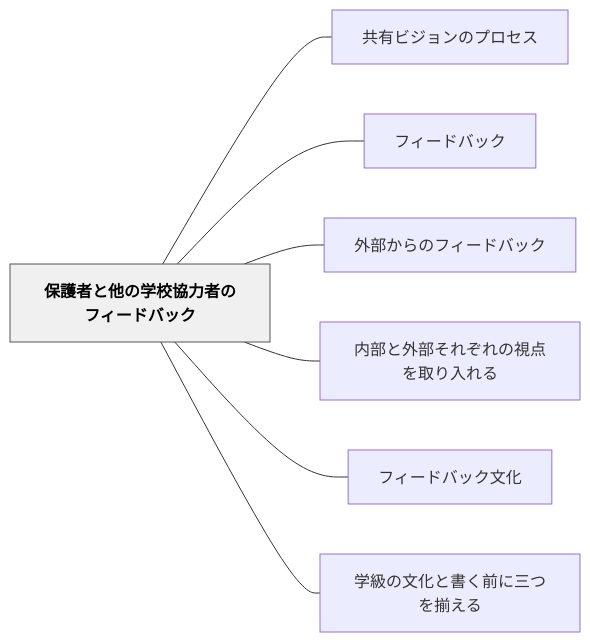
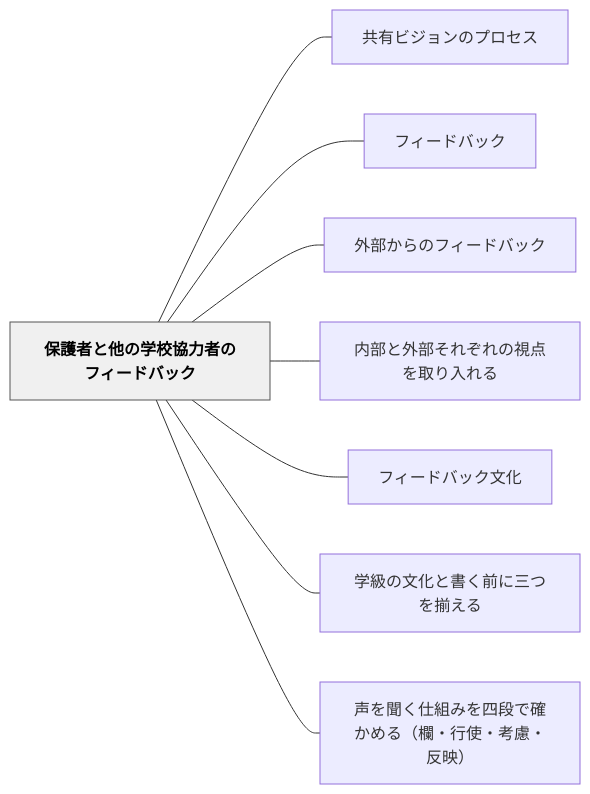
Before and after one commit to unknownthings-ed-patterns/unknownthings-ed-patterns: the diagram in content/パタン/保護者と他の学校協力者のフィードバック.md, drawn with Mermaid. The commit also changed other lines of this file and 10 other files, not shown here.

````diff
--- a/content/パタン/保護者と他の学校協力者のフィードバック.md
+++ b/content/パタン/保護者と他の学校協力者のフィードバック.md
@@ -54,20 +55,22 @@
 ```mermaid
 flowchart LR
     ne4bf9de8adb7e88085e381a8e4bb96e381aee5ada6e6a0a1e58d94e58a9be88085e381aee38395e382a3e383bce38389e38390e38383e382af["保護者と他の学校協力者のフィードバック"]
     ne585b1e69c89e38393e382b8e383a7e383b3e381aee38397e383ade382bbe382b9["共有ビジョンのプロセス"]
     ne38395e382a3e383bce38389e38390e38383e382af["フィードバック"]
     ne5a496e983a8e3818be38289e381aee38395e382a3e383bce38389e38390e38383e382af["外部からのフィードバック"]
     ne58685e983a8e381a8e5a496e983a8e3819de3828ce3819ee3828ce381aee8a696e782b9e38292e58f96e3828ae585a5e3828ce3828b["内部と外部それぞれの視点を取り入れる"]
     ne38395e382a3e383bce38389e38390e38383e382afe69687e58c96["フィードバック文化"]
     ne5ada6e7b49ae381aee69687e58c96e381a8e69bb8e3818fe5898de381abe4b889e381a4e38292e68f83e38188e3828b["学級の文化と書く前に三つを揃える"]
+    ne5a3b0e38292e8819ee3818fe4bb95e7b584e381bfe38292e59b9be6aeb5e381a7e7a2bae3818be38281e3828befbc88e6ac84e383bbe8a18ce4bdbfe383bbe88083e685aee383bbe58f8de698a0efbc89["声を聞く仕組みを四段で確かめる（欄・行使・考慮・反映）"]
 
     ne4bf9de8adb7e88085e381a8e4bb96e381aee5ada6e6a0a1e58d94e58a9be88085e381aee38395e382a3e383bce38389e38390e38383e382af --- ne585b1e69c89e38393e382b8e383a7e383b3e381aee38397e383ade382bbe382b9
     ne4bf9de8adb7e88085e381a8e4bb96e381aee5ada6e6a0a1e58d94e58a9be88085e381aee38395e382a3e383bce38389e38390e38383e382af --- ne38395e382a3e383bce38389e38390e38383e382af
     ne4bf9de8adb7e88085e381a8e4bb96e381aee5ada6e6a0a1e58d94e58a9be88085e381aee38395e382a3e383bce38389e38390e38383e382af --- ne5a496e983a8e3818be38289e381aee38395e382a3e383bce38389e38390e38383e382af
     ne4bf9de8adb7e88085e381a8e4bb96e381aee5ada6e6a0a1e58d94e58a9be88085e381aee38395e382a3e383bce38389e38390e38383e382af --- ne58685e983a8e381a8e5a496e983a8e3819de3828ce3819ee3828ce381aee8a696e782b9e38292e58f96e3828ae585a5e3828ce3828b
     ne4bf9de8adb7e88085e381a8e4bb96e381aee5ada6e6a0a1e58d94e58a9be88085e381aee38395e382a3e383bce38389e38390e38383e382af --- ne38395e382a3e383bce38389e38390e38383e382afe69687e58c96
     ne4bf9de8adb7e88085e381a8e4bb96e381aee5ada6e6a0a1e58d94e58a9be88085e381aee38395e382a3e383bce38389e38390e38383e382af --- ne5ada6e7b49ae381aee69687e58c96e381a8e69bb8e3818fe5898de381abe4b889e381a4e38292e68f83e38188e3828b
+    ne4bf9de8adb7e88085e381a8e4bb96e381aee5ada6e6a0a1e58d94e58a9be88085e381aee38395e382a3e383bce38389e38390e38383e382af --- ne5a3b0e38292e8819ee3818fe4bb95e7b584e381bfe38292e59b9be6aeb5e381a7e7a2bae3818be38281e3828befbc88e6ac84e383bbe8a18ce4bdbfe383bbe88083e685aee383bbe58f8de698a0efbc89
 
     classDef hub fill:#f0f0f0,stroke:#555,color:#000,font-weight:bold
     class ne4bf9de8adb7e88085e381a8e4bb96e381aee5ada6e6a0a1e58d94e58a9be88085e381aee38395e382a3e383bce38389e38390e38383e382af hub
 ```
````
